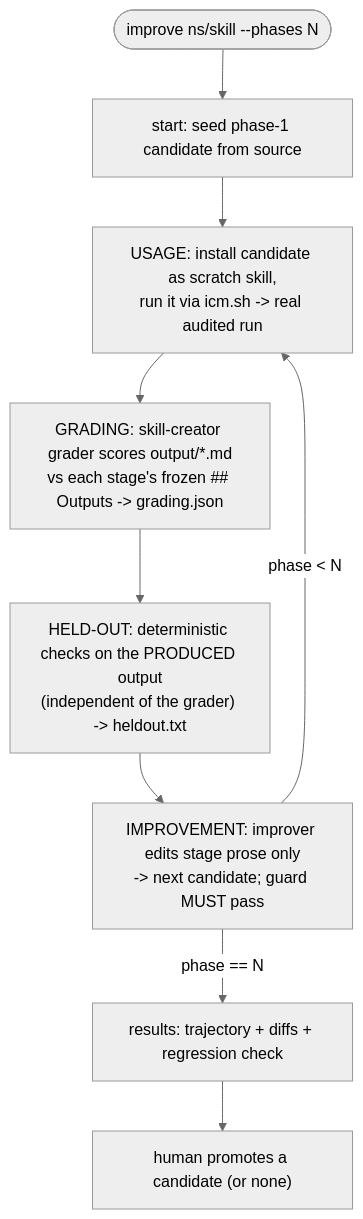
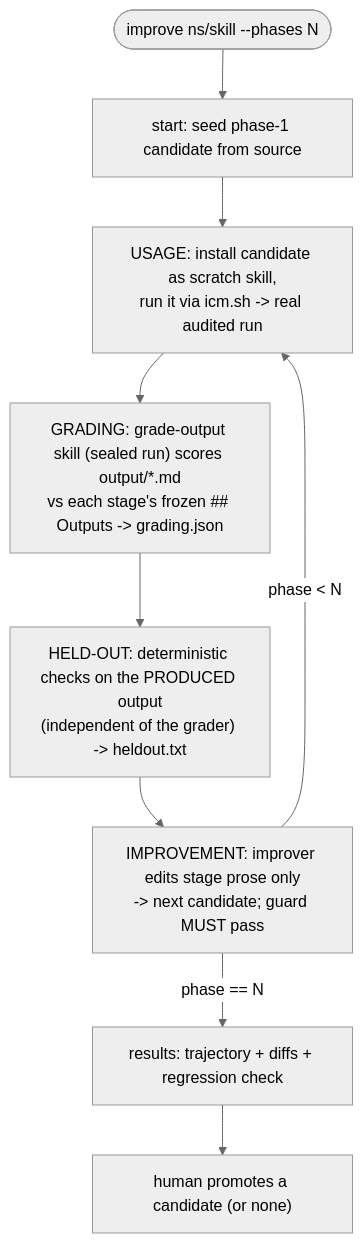
One commit to KakkoiDev/icm-runtime changed the diagram in skills/kakkoidev/icm-improve/SKILL.md. Above: the diagram before and after it, drawn with Mermaid (neutral theme). The commit also changed other lines of this file and 3 other files, not shown here.

````diff
--- a/skills/kakkoidev/icm-improve/SKILL.md
+++ b/skills/kakkoidev/icm-improve/SKILL.md
@@ -52,11 +53,11 @@
 ```mermaid
 flowchart TD
     S(["improve ns/skill --phases N"]) --> ST["start: seed phase-1 candidate from source"]
     ST --> U["USAGE: install candidate as scratch skill,<br>run it via icm.sh -> real audited run"]
-    U --> G["GRADING: skill-creator grader scores output/*.md<br>vs each stage's frozen ## Outputs -> grading.json"]
+    U --> G["GRADING: grade-output skill (sealed run) scores output/*.md<br>vs each stage's frozen ## Outputs -> grading.json"]
     G --> H["HELD-OUT: deterministic checks on the PRODUCED output<br>(independent of the grader) -> heldout.txt"]
     H --> I["IMPROVEMENT: improver edits stage prose only<br>-> next candidate; guard MUST pass"]
     I -->|"phase < N"| U
     I -->|"phase == N"| R["results: trajectory + diffs + regression check"]
     R --> P["human promotes a candidate (or none)"]
 ```
````
